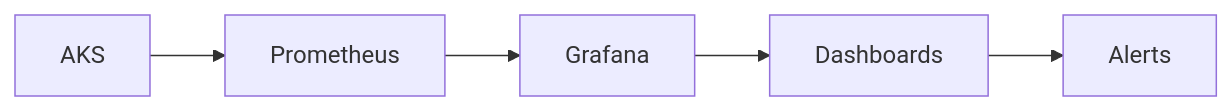
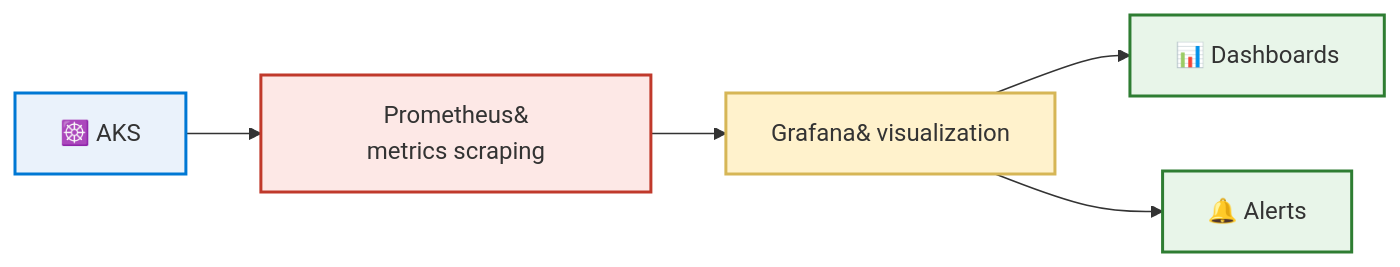
One commit to aniket-devop/aniket-devop changed the sixth of 6 diagrams in README.md. Above: the diagram before and after it, drawn with Mermaid. The commit also changed other lines of this file, not shown here.

First line of the commit message:
Enhance architecture diagrams and descriptions in README

````diff
--- a/README.md
+++ b/README.md
@@ -244,7 +335,16 @@
 ```mermaid
 flowchart LR
-    AKSM["AKS"] --> PROM["Prometheus"]
-    PROM --> GRAFANA["Grafana"]
-    GRAFANA --> DASH["Dashboards"]
-    DASH --> ALERT["Alerts"]
+    AKSM["☸️ AKS"] --> PROM["Prometheus&#10;metrics scraping"]
+    PROM --> GRAFANA["Grafana&#10;visualization"]
+    GRAFANA --> DASH["📊 Dashboards"]
+    GRAFANA --> ALERT["🔔 Alerts"]
+
+    classDef aks fill:#eaf2fb,stroke:#0078D4,stroke-width:2px
+    classDef prom fill:#fde8e6,stroke:#c0392b,stroke-width:2px
+    classDef graf fill:#fff2cc,stroke:#d6b656,stroke-width:2px
+    classDef out fill:#e8f5e9,stroke:#2e7d32,stroke-width:2px
+    class AKSM aks
+    class PROM prom
+    class GRAFANA graf
+    class DASH,ALERT out
 ```
````
